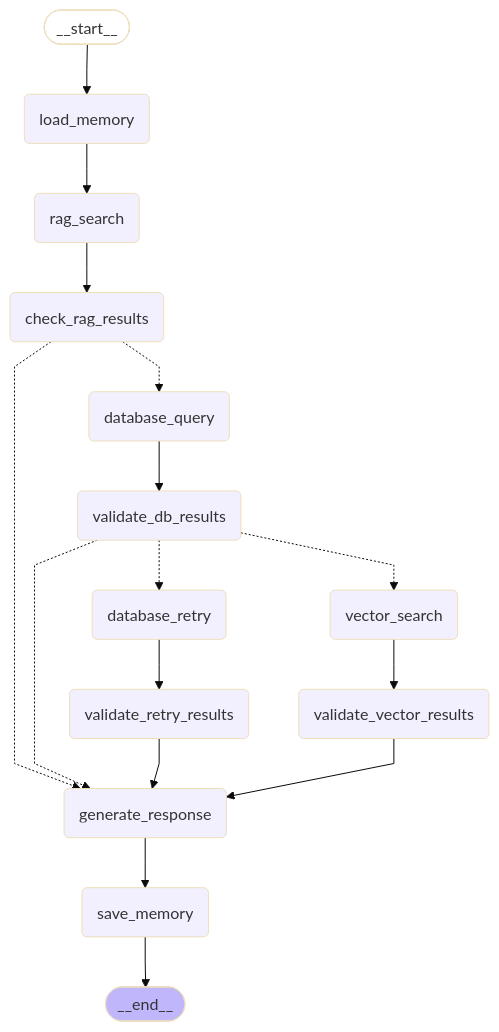
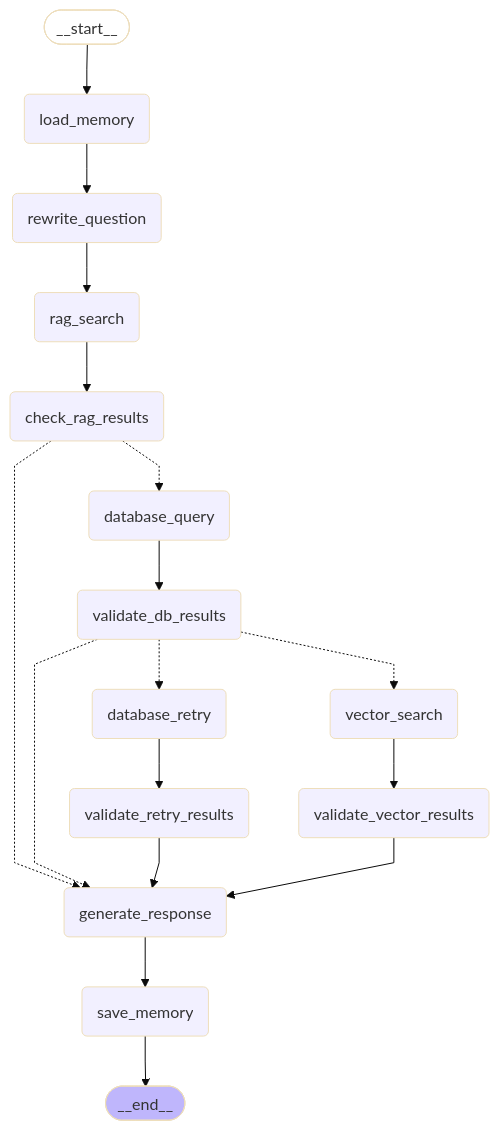
One commit to Alex-Du-1020/Kangni-agents changed the diagram in docs/workflow_graph.mermaid. Above: the diagram before and after it, drawn with Mermaid (base theme). The commit also changed 10 other files, not shown here.

Commit message:
imporve rewrite question promoting.

```diff
--- a/docs/workflow_graph.mermaid
+++ b/docs/workflow_graph.mermaid
@@ -1,37 +1,39 @@
 ---
 config:
   flowchart:
     curve: linear
 ---
 graph TD;
 	__start__([<p>__start__</p>]):::first
 	load_memory(load_memory)
+	rewrite_question(rewrite_question)
 	rag_search(rag_search)
 	check_rag_results(check_rag_results)
 	database_query(database_query)
 	validate_db_results(validate_db_results)
 	database_retry(database_retry)
 	validate_retry_results(validate_retry_results)
 	vector_search(vector_search)
 	validate_vector_results(validate_vector_results)
 	generate_response(generate_response)
 	save_memory(save_memory)
 	__end__([<p>__end__</p>]):::last
 	__start__ --> load_memory;
 	check_rag_results -.-> database_query;
 	check_rag_results -.-> generate_response;
 	database_query --> validate_db_results;
 	database_retry --> validate_retry_results;
 	generate_response --> save_memory;
-	load_memory --> rag_search;
+	load_memory --> rewrite_question;
 	rag_search --> check_rag_results;
+	rewrite_question --> rag_search;
 	validate_db_results -.-> database_retry;
 	validate_db_results -.-> generate_response;
 	validate_db_results -.-> vector_search;
 	validate_retry_results --> generate_response;
 	validate_vector_results --> generate_response;
 	vector_search --> validate_vector_results;
 	save_memory --> __end__;
 	classDef default fill:#f2f0ff,line-height:1.2
 	classDef first fill-opacity:0
 	classDef last fill:#bfb6fc
```
